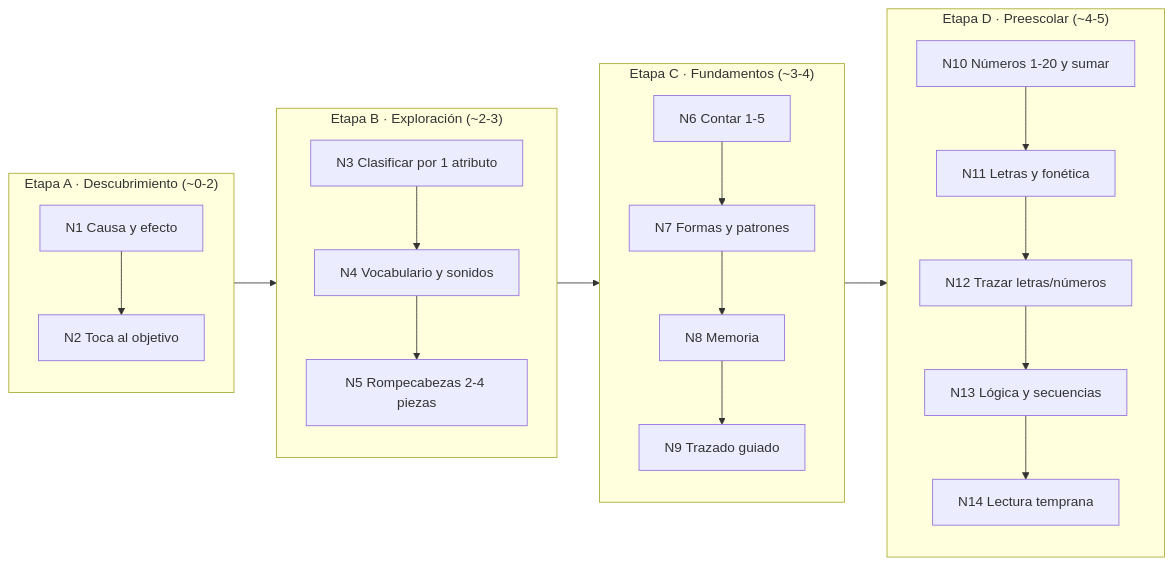
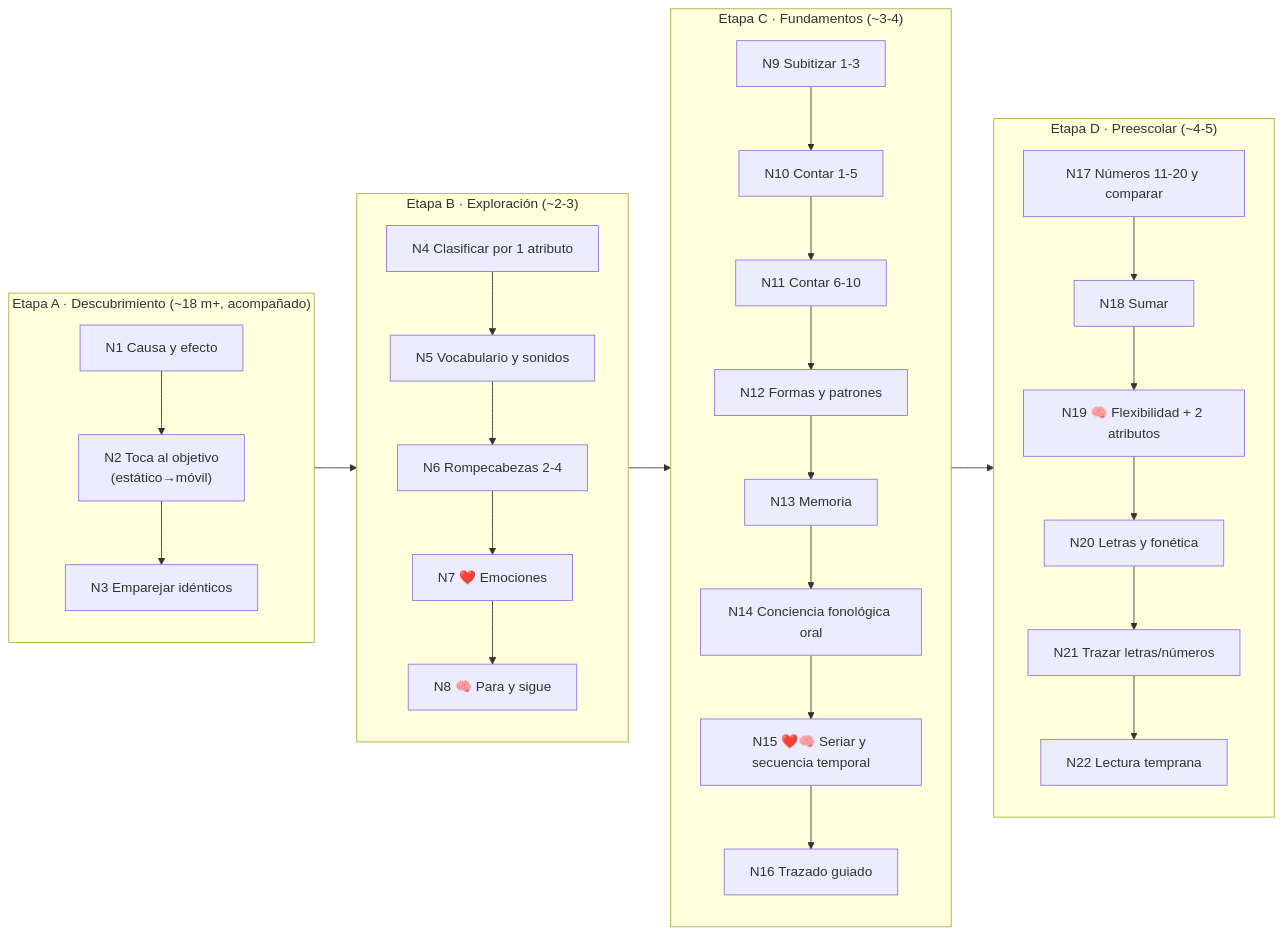
Before and after one commit to jgpazvega-ae/AndreApp: the diagram in docs/CURRICULUM.md, drawn with Mermaid. The commit also changed other lines of this file and 1 other file, not shown here.

````diff
--- a/docs/CURRICULUM.md
+++ b/docs/CURRICULUM.md
@@ -50,16 +67,16 @@
 ```mermaid
 flowchart LR
-    subgraph A["Etapa A · Descubrimiento (~0-2)"]
-        N1["N1 Causa y efecto"] --> N2["N2 Toca al objetivo"]
+    subgraph A["Etapa A · Descubrimiento (~18 m+, acompañado)"]
+        N1["N1 Causa y efecto"] --> N2["N2 Toca al objetivo<br/>(estático→móvil)"] --> N3["N3 Emparejar idénticos"]
     end
     subgraph B["Etapa B · Exploración (~2-3)"]
-        N3["N3 Clasificar por 1 atributo"] --> N4["N4 Vocabulario y sonidos"] --> N5["N5 Rompecabezas 2-4 piezas"]
+        N4["N4 Clasificar por 1 atributo"] --> N5["N5 Vocabulario y sonidos"] --> N6["N6 Rompecabezas 2-4"] --> N7["N7 ❤️ Emociones"] --> N8["N8 🧠 Para y sigue"]
     end
     subgraph C["Etapa C · Fundamentos (~3-4)"]
-        N6["N6 Contar 1-5"] --> N7["N7 Formas y patrones"] --> N8["N8 Memoria"] --> N9["N9 Trazado guiado"]
+        N9["N9 Subitizar 1-3"] --> N10["N10 Contar 1-5"] --> N11["N11 Contar 6-10"] --> N12["N12 Formas y patrones"] --> N13["N13 Memoria"] --> N14["N14 Conciencia fonológica oral"] --> N15["N15 ❤️🧠 Seriar y secuencia temporal"] --> N16["N16 Trazado guiado"]
     end
     subgraph D["Etapa D · Preescolar (~4-5)"]
-        N10["N10 Números 1-20 y sumar"] --> N11["N11 Letras y fonética"] --> N12["N12 Trazar letras/números"] --> N13["N13 Lógica y secuencias"] --> N14["N14 Lectura temprana"]
+        N17["N17 Números 11-20 y comparar"] --> N18["N18 Sumar"] --> N19["N19 🧠 Flexibilidad + 2 atributos"] --> N20["N20 Letras y fonética"] --> N21["N21 Trazar letras/números"] --> N22["N22 Lectura temprana"]
     end
     A --> B --> C --> D
 ```
````
